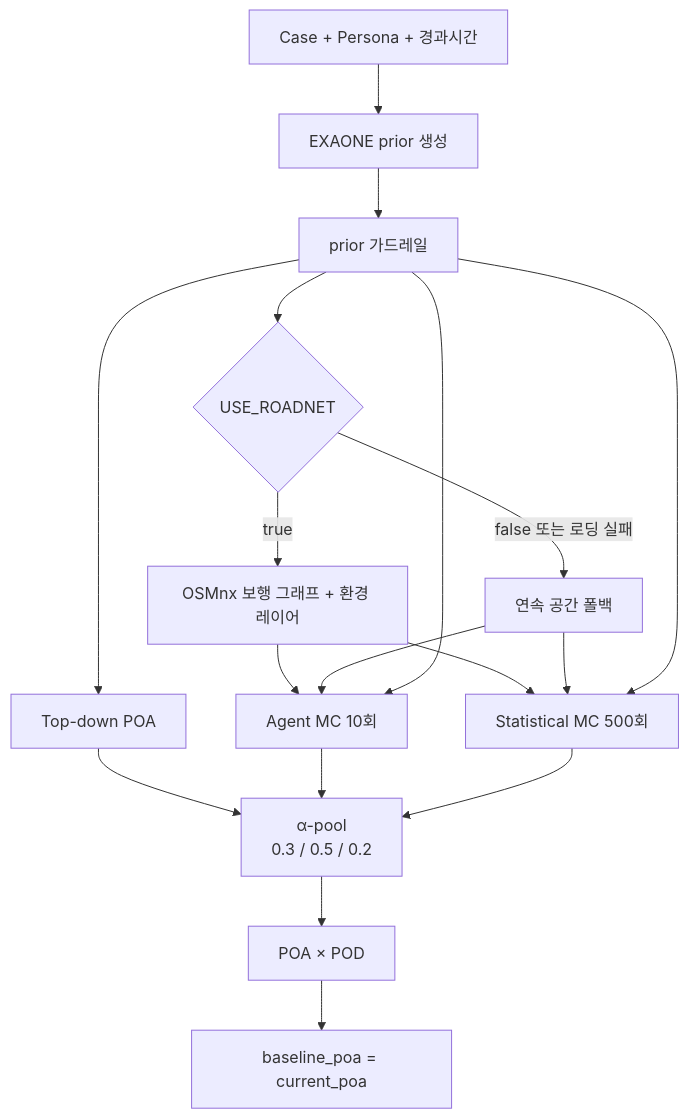
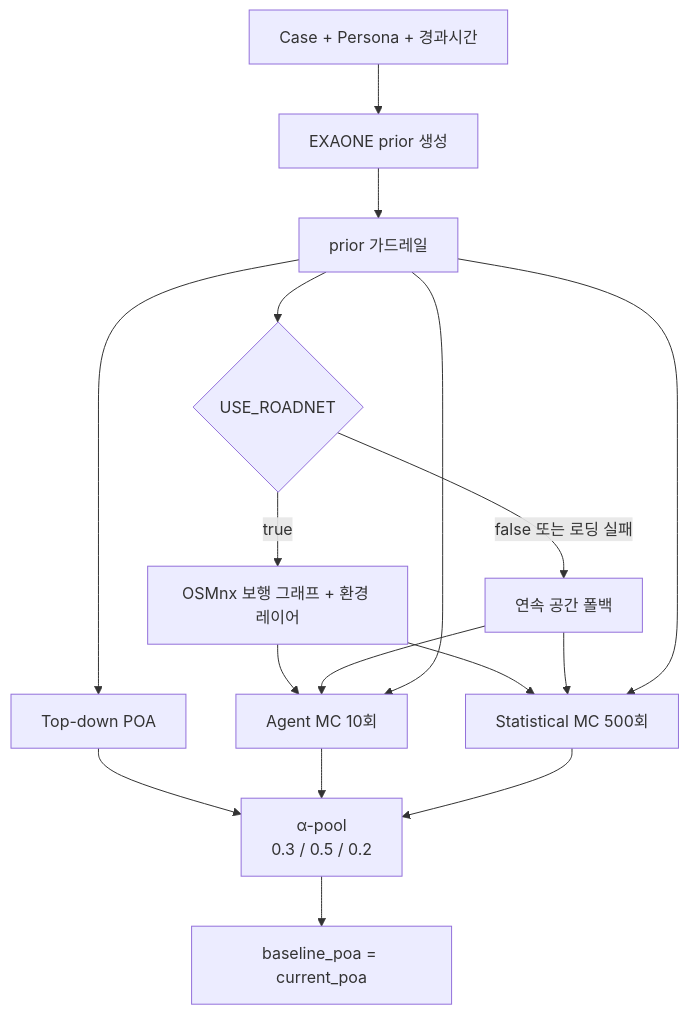
The second of 3 diagrams in README.md (Donghaeng-AI-ROOKIE/Come-back-home), drawn with Mermaid before and after one commit. The commit also changed other lines of this file and 8 other files, not shown here.

First line of the commit message:
fix(phase2): POA x POD 계산에서 POD 제거, POA만 사용

````diff
--- a/README.md
+++ b/README.md
@@ -159,22 +159,21 @@
 ```mermaid
 flowchart TD
     IN[Case + Persona + 경과시간] --> PR[EXAONE prior 생성]
     PR --> GUARD[prior 가드레일]
     GUARD --> ROAD{USE_ROADNET}
     ROAD -->|true| NET[OSMnx 보행 그래프 + 환경 레이어]
     ROAD -->|false 또는 로딩 실패| CONT[연속 공간 폴백]
 
     GUARD --> TD[Top-down POA]
     NET --> AG[Agent MC 10회]
     NET --> ST[Statistical MC 500회]
     CONT --> AG
     CONT --> ST
     GUARD --> AG
     GUARD --> ST
 
     TD --> POOL[α-pool\n0.3 / 0.5 / 0.2]
     AG --> POOL
     ST --> POOL
-    POOL --> POD[POA × POD]
-    POD --> OUT[baseline_poa = current_poa]
+    POOL --> OUT[baseline_poa = current_poa]
 ```
````
